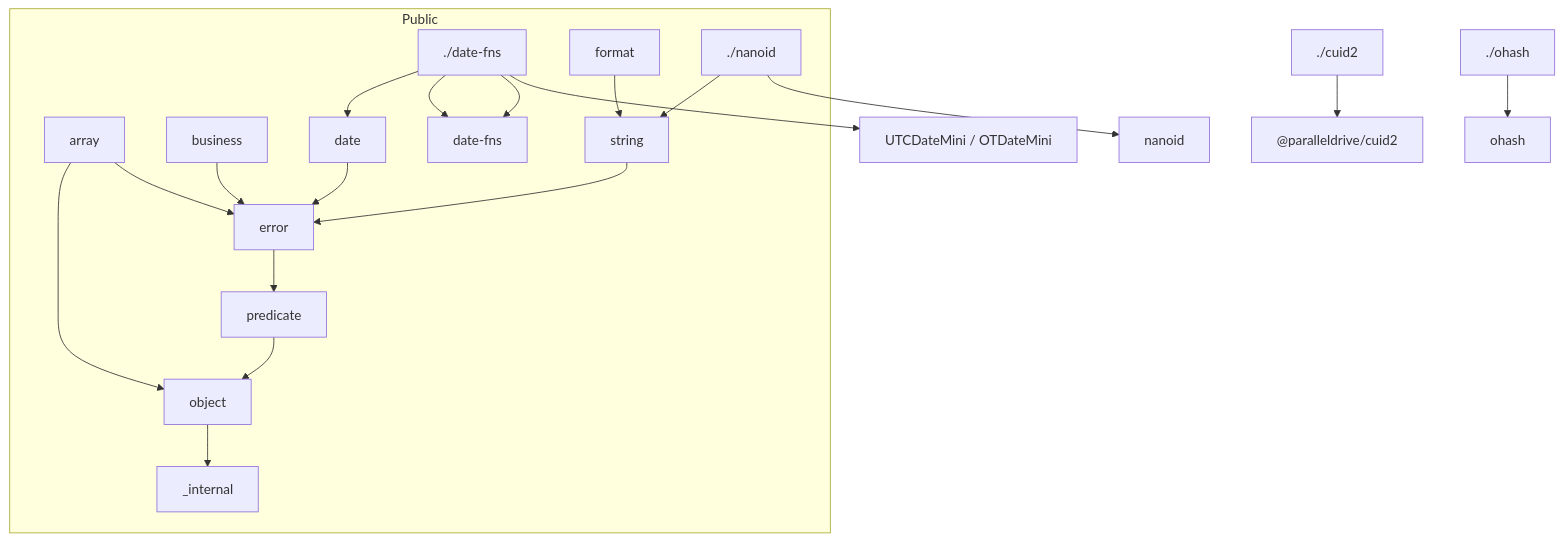
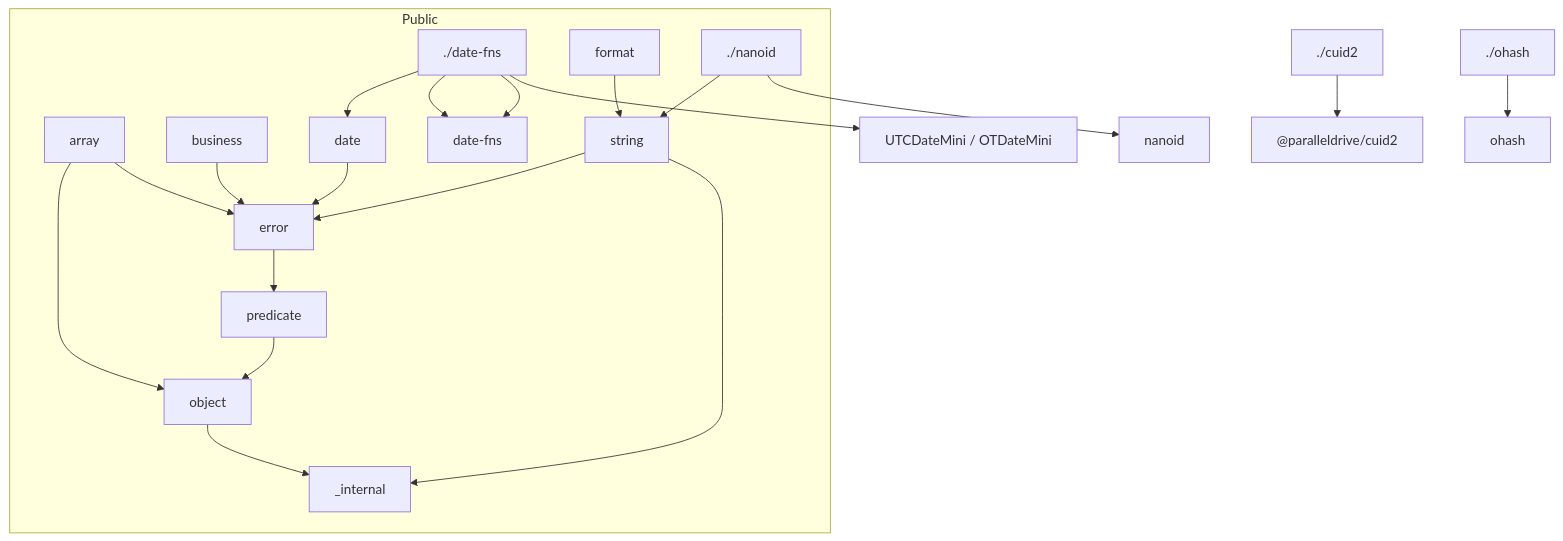
Before and after one commit to bingtsingw/xstools-open: the diagram in .agents/docs/architecture.md, drawn with Mermaid. The commit also changed other lines of this file and 10 other files, not shown here.

````diff
--- a/.agents/docs/architecture.md
+++ b/.agents/docs/architecture.md
@@ -62,23 +62,24 @@
 ```mermaid
 flowchart TB
   subgraph public [Public]
     array --> object
     array --> error
     business --> error
     date --> error
     date_fns_exp --> date
     date_fns_exp --> datefns
     string --> error
     format --> string
     error --> predicate
     predicate --> object
     object --> internal["_internal"]
+    string --> internal["_internal"]
     nanoid_exp["./nanoid"] --> string
   end
 
   cuid2_exp["./cuid2"] --> cuid2lib["@paralleldrive/cuid2"]
   date_fns_exp["./date-fns"] --> datefns["date-fns"]
   date_fns_exp --> mini["UTCDateMini / OTDateMini"]
   nanoid_exp --> nanoidlib[nanoid]
   ohash_exp["./ohash"] --> ohashlib[ohash]
 ```
````
